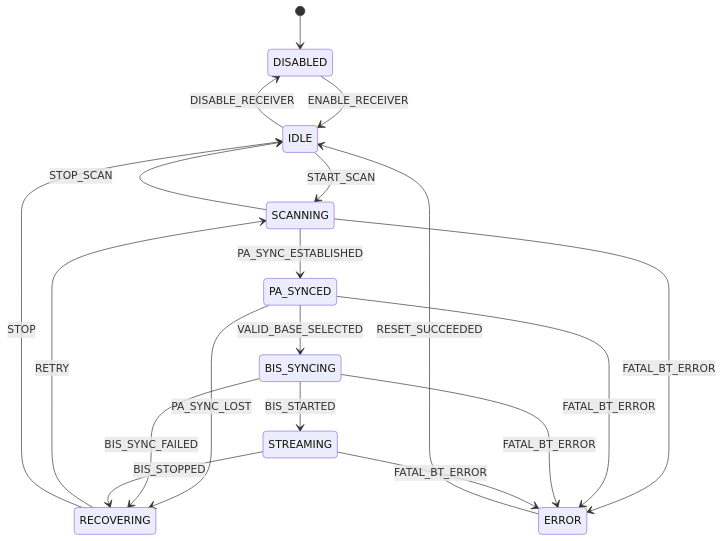
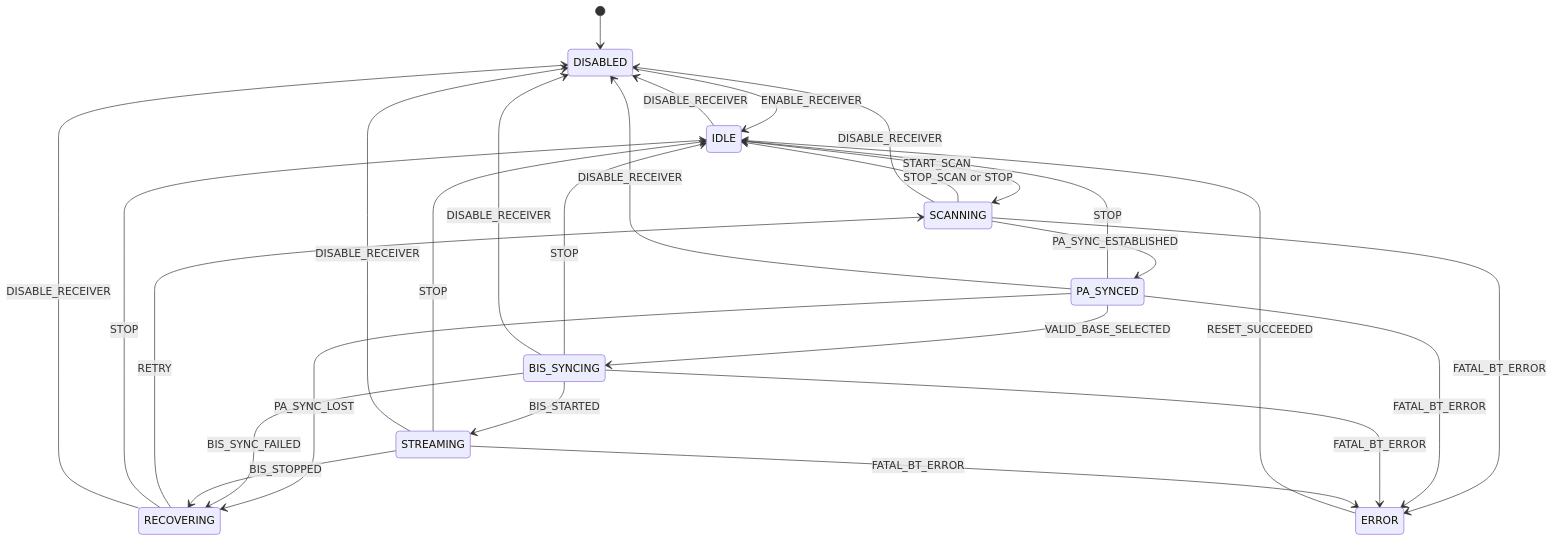
One commit to Matheus-Cavalcanti/tiresias-soak-test changed the fourth of 6 diagrams in docs/architecture/control-plane.md. Above: the diagram before and after it, drawn with Mermaid. The commit also changed other lines of this file and 7 other files, not shown here.

First line of the commit message:
Enhance control plane architecture with initial command-progress model and subsystem state management

````diff
--- a/docs/architecture/control-plane.md
+++ b/docs/architecture/control-plane.md
@@ -219,23 +243,31 @@
 ```mermaid
 stateDiagram-v2
     [*] --> DISABLED
     DISABLED --> IDLE: ENABLE_RECEIVER
     IDLE --> SCANNING: START_SCAN
     SCANNING --> PA_SYNCED: PA_SYNC_ESTABLISHED
     PA_SYNCED --> BIS_SYNCING: VALID_BASE_SELECTED
     BIS_SYNCING --> STREAMING: BIS_STARTED
 
-    SCANNING --> IDLE: STOP_SCAN
+    SCANNING --> IDLE: STOP_SCAN or STOP
+    PA_SYNCED --> IDLE: STOP
+    BIS_SYNCING --> IDLE: STOP
+    STREAMING --> IDLE: STOP
     PA_SYNCED --> RECOVERING: PA_SYNC_LOST
     BIS_SYNCING --> RECOVERING: BIS_SYNC_FAILED
     STREAMING --> RECOVERING: BIS_STOPPED
     RECOVERING --> SCANNING: RETRY
     RECOVERING --> IDLE: STOP
 
     IDLE --> DISABLED: DISABLE_RECEIVER
+    SCANNING --> DISABLED: DISABLE_RECEIVER
+    PA_SYNCED --> DISABLED: DISABLE_RECEIVER
+    BIS_SYNCING --> DISABLED: DISABLE_RECEIVER
+    STREAMING --> DISABLED: DISABLE_RECEIVER
+    RECOVERING --> DISABLED: DISABLE_RECEIVER
     SCANNING --> ERROR: FATAL_BT_ERROR
     PA_SYNCED --> ERROR: FATAL_BT_ERROR
     BIS_SYNCING --> ERROR: FATAL_BT_ERROR
     STREAMING --> ERROR: FATAL_BT_ERROR
     ERROR --> IDLE: RESET_SUCCEEDED
 ```
````
